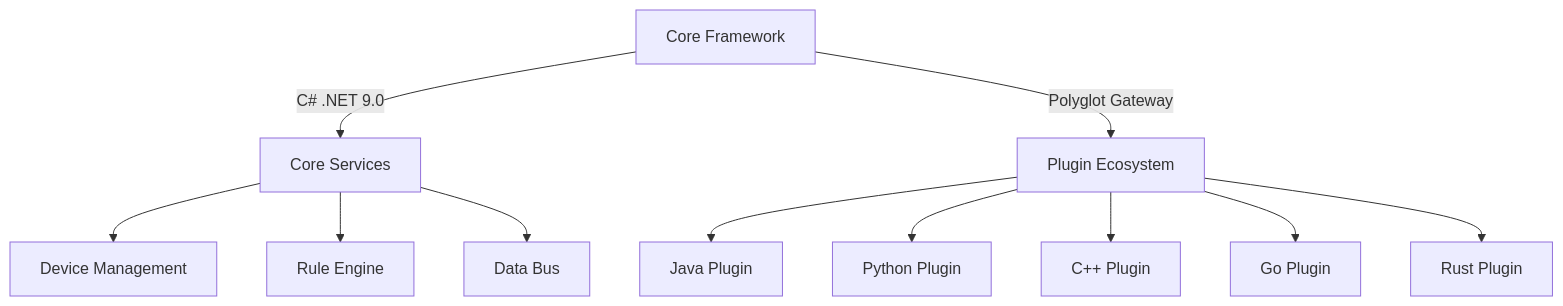
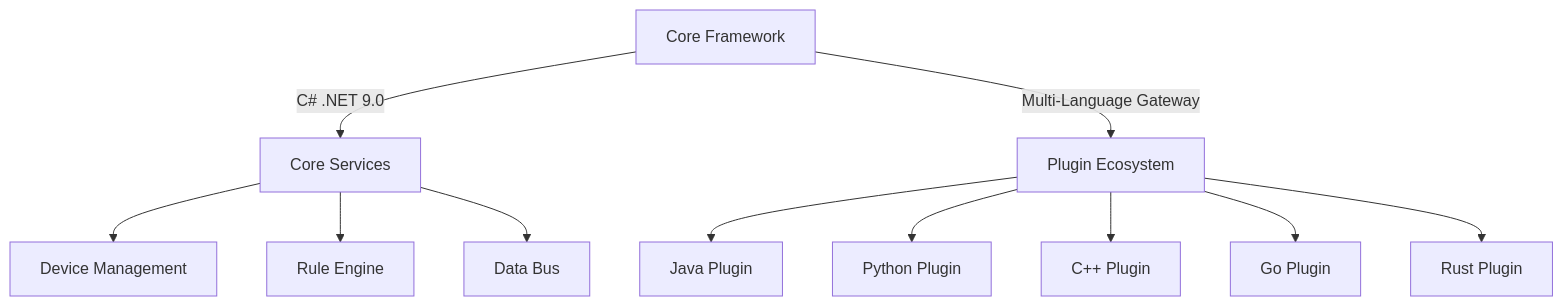
Before and after one commit to ganweisoft/TOMs: the diagram in README.md, drawn with Mermaid. The commit also changed other lines of this file, not shown here.

````diff
--- a/README.md
+++ b/README.md
@@ -64,13 +62,13 @@
 ```mermaid
 graph TD
     A[Core Framework] -->|C# .NET 9.0| B[Core Services]
-    A -->|Polyglot Gateway| C[Plugin Ecosystem]
+    A -->|Multi-Language Gateway| C[Plugin Ecosystem]
     B --> D[Device Management]
     B --> E[Rule Engine]
     B --> F[Data Bus]
     C --> G[Java Plugin]
     C --> H[Python Plugin]
     C --> I[C++ Plugin]
     C --> J[Go Plugin]
     C --> K[Rust Plugin]
 ```
````
